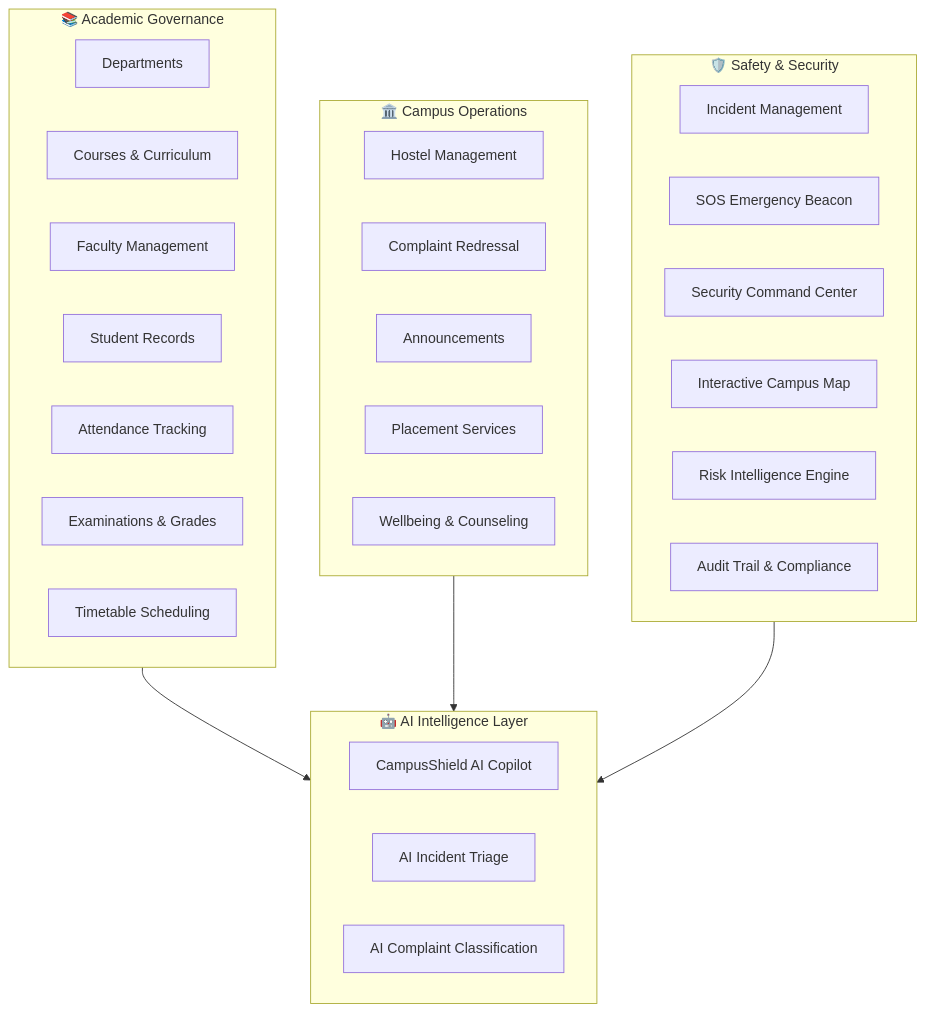
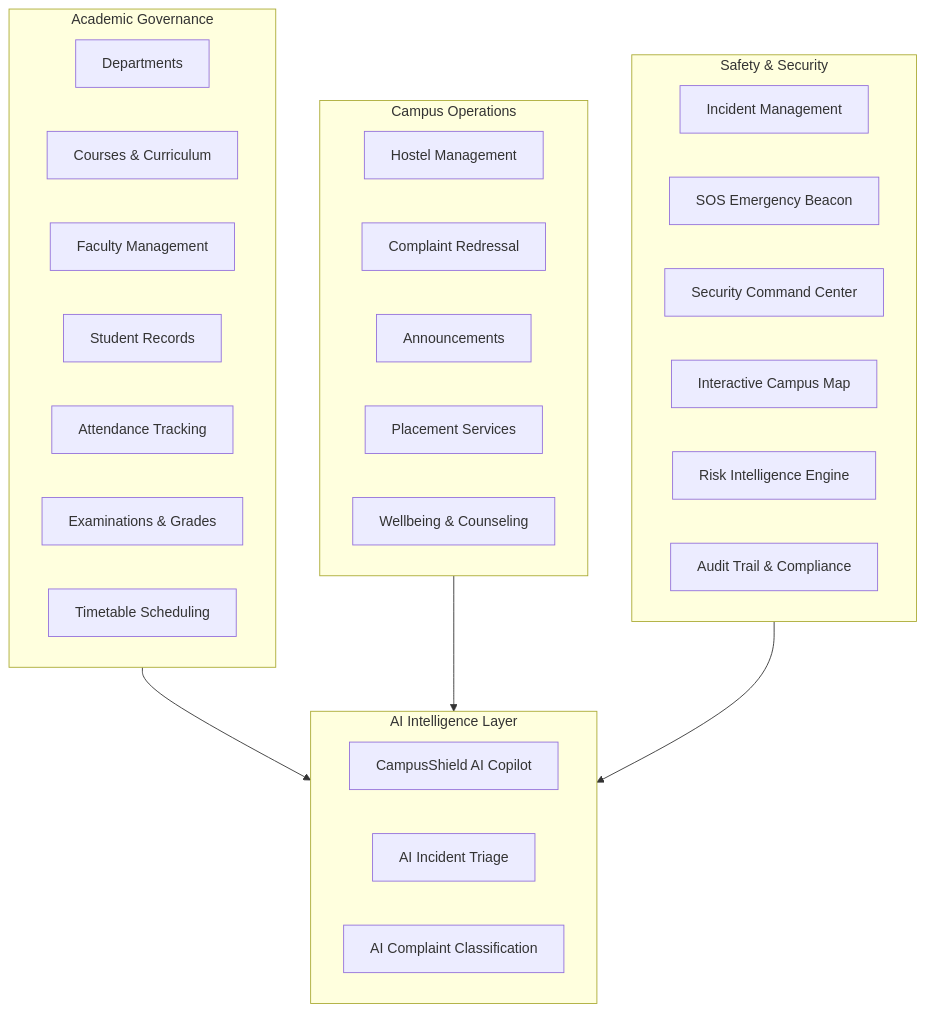
Before and after one commit to PrikshitGhangas/Luminous_BKP: the third of 3 diagrams in README.md, drawn with Mermaid. The commit also changed other lines of this file and 29 other files, not shown here.

````diff
--- a/README.md
+++ b/README.md
@@ -367,39 +367,39 @@
 ```mermaid
 flowchart TD
-    subgraph Academic["📚 Academic Governance"]
-        DEP["Departments"]
-        CRS["Courses & Curriculum"]
-        FAC["Faculty Management"]
-        STU["Student Records"]
-        ATT["Attendance Tracking"]
-        EXM["Examinations & Grades"]
-        TT["Timetable Scheduling"]
-    end
-    
-    subgraph Campus["🏛️ Campus Operations"]
-        HST["Hostel Management"]
-        CMP["Complaint Redressal"]
-        ANN["Announcements"]
-        PLC["Placement Services"]
-        WLB["Wellbeing & Counseling"]
-    end
-    
-    subgraph Safety["🛡️ Safety & Security"]
-        INC["Incident Management"]
-        SOS["SOS Emergency Beacon"]
-        CMD["Security Command Center"]
-        MAP["Interactive Campus Map"]
-        RSK["Risk Intelligence Engine"]
-        AUD["Audit Trail & Compliance"]
-    end
-    
-    subgraph AI["🤖 AI Intelligence Layer"]
-        COP["CampusShield AI Copilot"]
-        TRG["AI Incident Triage"]
-        CLF["AI Complaint Classification"]
-    end
-    
-    Academic --> AI
-    Campus --> AI
-    Safety --> AI
+ subgraph Academic[" Academic Governance"]
+ DEP["Departments"]
+ CRS["Courses & Curriculum"]
+ FAC["Faculty Management"]
+ STU["Student Records"]
+ ATT["Attendance Tracking"]
+ EXM["Examinations & Grades"]
+ TT["Timetable Scheduling"]
+ end
+ 
+ subgraph Campus[" Campus Operations"]
+ HST["Hostel Management"]
+ CMP["Complaint Redressal"]
+ ANN["Announcements"]
+ PLC["Placement Services"]
+ WLB["Wellbeing & Counseling"]
+ end
+ 
+ subgraph Safety[" Safety & Security"]
+ INC["Incident Management"]
+ SOS["SOS Emergency Beacon"]
+ CMD["Security Command Center"]
+ MAP["Interactive Campus Map"]
+ RSK["Risk Intelligence Engine"]
+ AUD["Audit Trail & Compliance"]
+ end
+ 
+ subgraph AI[" AI Intelligence Layer"]
+ COP["CampusShield AI Copilot"]
+ TRG["AI Incident Triage"]
+ CLF["AI Complaint Classification"]
+ end
+ 
+ Academic --> AI
+ Campus --> AI
+ Safety --> AI
 ```
````
